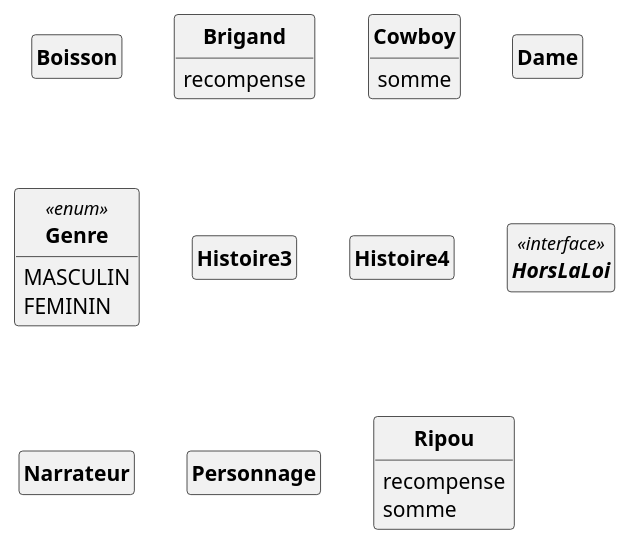
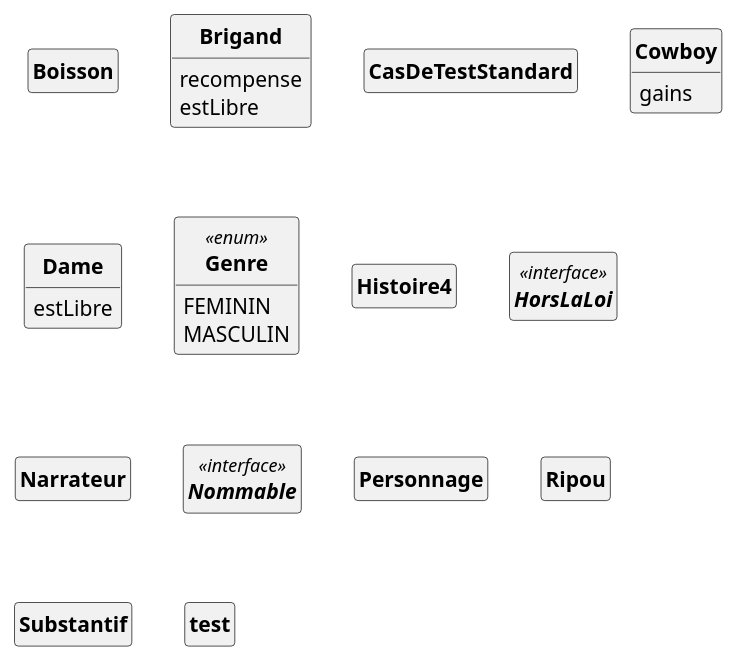
Before and after one commit to SylvainSchaefer/Java-to-PUML: the diagram in src/pumlFromJava/DC_Western.puml, drawn with PlantUML. The commit also changed 2 other files, not shown here.

```diff
--- a/src/pumlFromJava/DC_Western.puml
+++ b/src/pumlFromJava/DC_Western.puml
@@ -1,46 +1,54 @@
 @startuml
 'https://plantuml.com/class-diagram
 skinparam style strictuml
 skinparam classAttributeIconSize 0
 skinparam classFontStyle Bold
 hide empty members
 
 Class Boisson{
 
 }
 Class Brigand{
 recompense
+estLibre
+
+}
+Class CasDeTestStandard{
 
 }
 Class Cowboy{
-somme
+gains
 
 }
 Class Dame{
+estLibre
 
 }
 Enum Genre<<enum>> {
+FEMININ
 MASCULIN
-FEMININ
-
-}
-Class Histoire3{
 
 }
 Class Histoire4{
 
 }
 Interface HorsLaLoi<<interface>> {
 }
 Class Narrateur{
 
 }
+Interface Nommable<<interface>> {
+}
 Class Personnage{
 
 }
 Class Ripou{
-recompense
-somme
+
+}
+Class Substantif{
+
+}
+Class test{
 
 }
 @enduml
```
